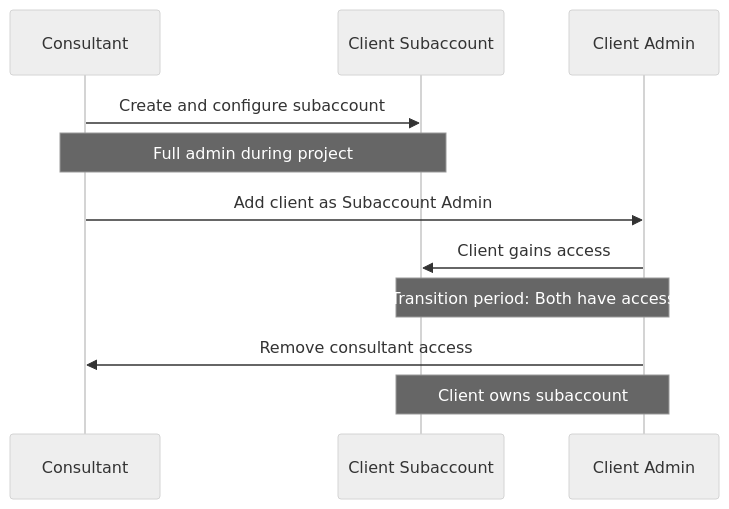
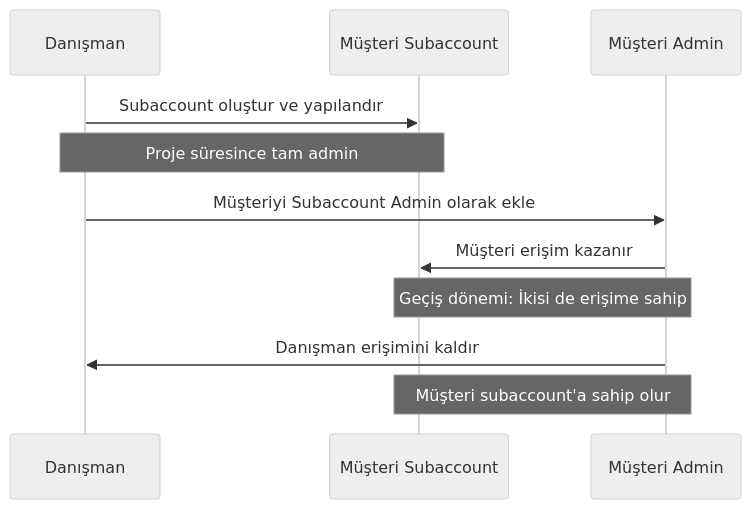
The fifth of 11 diagrams in Technical Tutorials/BTP/TR/chapters/12-multi-client-management.md (beyhanmeyrali/sap-all), drawn with Mermaid (neutral theme) before and after one commit. The commit also changed other lines of this file and 11 other files, not shown here.

````diff
--- a/Technical Tutorials/BTP/TR/chapters/12-multi-client-management.md
+++ b/Technical Tutorials/BTP/TR/chapters/12-multi-client-management.md
@@ -188,17 +188,17 @@
 ```mermaid
 sequenceDiagram
-    participant C as Consultant
-    participant SA as Client Subaccount
-    participant CL as Client Admin
+    participant C as Danışman
+    participant SA as Müşteri Subaccount
+    participant CL as Müşteri Admin
 
-    C->>SA: Create and configure subaccount
-    Note over C,SA: Full admin during project
+    C->>SA: Subaccount oluştur ve yapılandır
+    Note over C,SA: Proje süresince tam admin
 
-    C->>CL: Add client as Subaccount Admin
-    CL->>SA: Client gains access
+    C->>CL: Müşteriyi Subaccount Admin olarak ekle
+    CL->>SA: Müşteri erişim kazanır
 
-    Note over CL,SA: Transition period: Both have access
+    Note over CL,SA: Geçiş dönemi: İkisi de erişime sahip
 
-    CL->>C: Remove consultant access
-    Note over CL,SA: Client owns subaccount
+    CL->>C: Danışman erişimini kaldır
+    Note over CL,SA: Müşteri subaccount'a sahip olur
 ```
````
